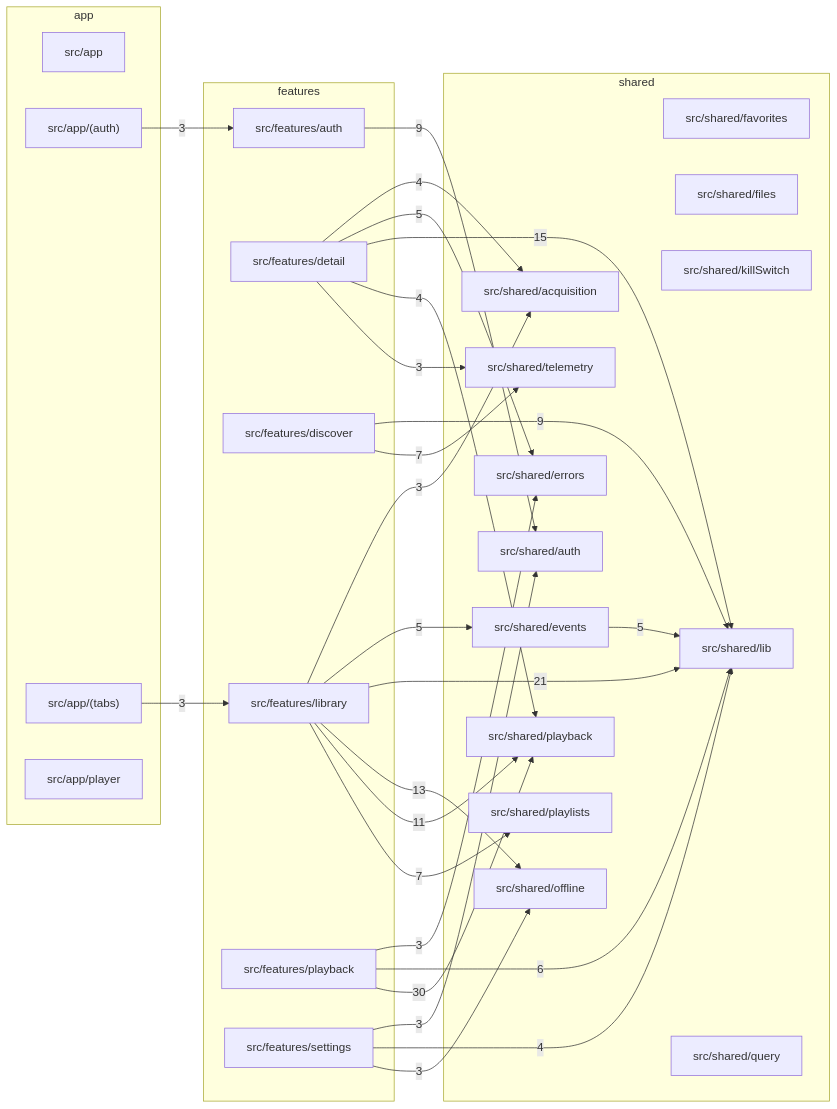
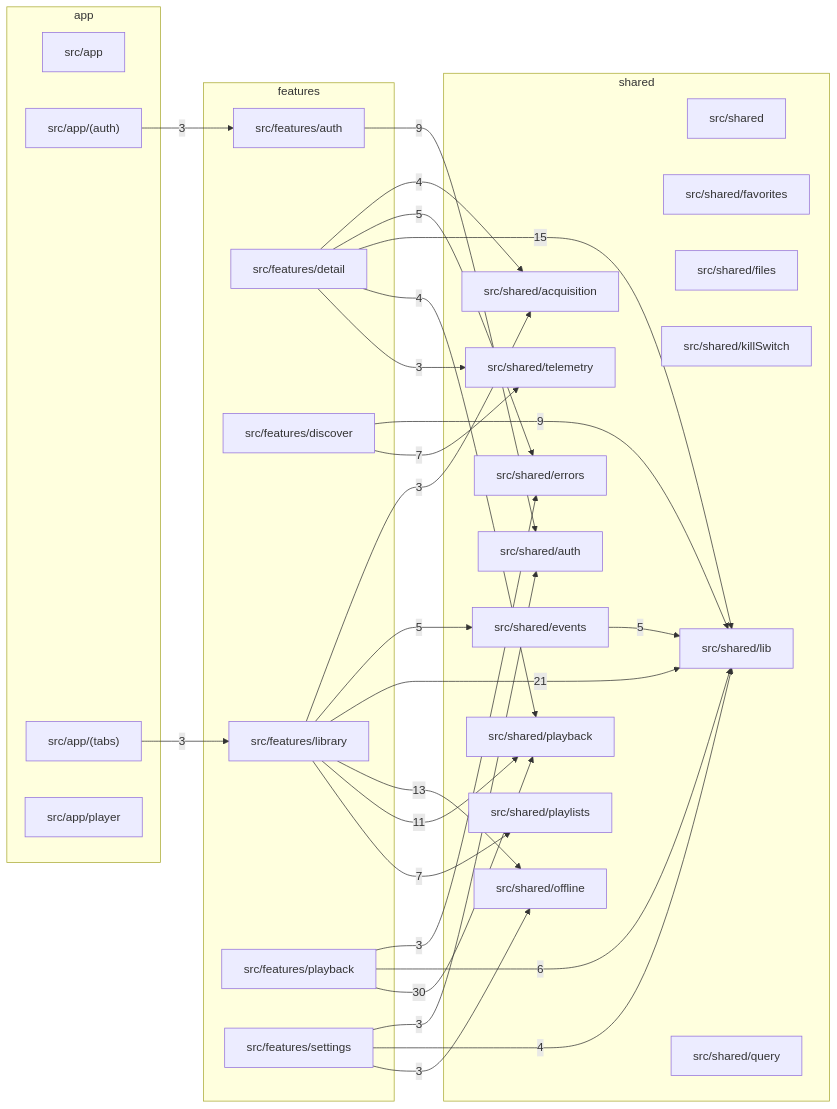
Before and after one commit to aleburrascano/altune: the third of 3 diagrams in docs/architecture.md, drawn with Mermaid. The commit also changed other lines of this file and 8 other files, not shown here.

````diff
--- a/docs/architecture.md
+++ b/docs/architecture.md
@@ -68,55 +68,56 @@
 ```mermaid
 flowchart LR
   subgraph app
     apps_mobile_src_app["src/app"]
     apps_mobile_src_app__auth_["src/app/(auth)"]
     apps_mobile_src_app__tabs_["src/app/(tabs)"]
     apps_mobile_src_app_player["src/app/player"]
   end
   subgraph features
     apps_mobile_src_features_auth["src/features/auth"]
     apps_mobile_src_features_detail["src/features/detail"]
     apps_mobile_src_features_discover["src/features/discover"]
     apps_mobile_src_features_library["src/features/library"]
     apps_mobile_src_features_playback["src/features/playback"]
     apps_mobile_src_features_settings["src/features/settings"]
   end
   subgraph shared
+    apps_mobile_src_shared["src/shared"]
     apps_mobile_src_shared_acquisition["src/shared/acquisition"]
     apps_mobile_src_shared_auth["src/shared/auth"]
     apps_mobile_src_shared_errors["src/shared/errors"]
     apps_mobile_src_shared_events["src/shared/events"]
     apps_mobile_src_shared_favorites["src/shared/favorites"]
     apps_mobile_src_shared_files["src/shared/files"]
     apps_mobile_src_shared_killSwitch["src/shared/killSwitch"]
     apps_mobile_src_shared_lib["src/shared/lib"]
     apps_mobile_src_shared_offline["src/shared/offline"]
     apps_mobile_src_shared_playback["src/shared/playback"]
     apps_mobile_src_shared_playlists["src/shared/playlists"]
     apps_mobile_src_shared_query["src/shared/query"]
     apps_mobile_src_shared_telemetry["src/shared/telemetry"]
   end
   apps_mobile_src_app__auth_ -->|3| apps_mobile_src_features_auth
   apps_mobile_src_app__tabs_ -->|3| apps_mobile_src_features_library
   apps_mobile_src_features_auth -->|9| apps_mobile_src_shared_auth
   apps_mobile_src_features_detail -->|4| apps_mobile_src_shared_acquisition
   apps_mobile_src_features_detail -->|5| apps_mobile_src_shared_errors
   apps_mobile_src_features_detail -->|15| apps_mobile_src_shared_lib
   apps_mobile_src_features_detail -->|4| apps_mobile_src_shared_playback
   apps_mobile_src_features_detail -->|3| apps_mobile_src_shared_telemetry
   apps_mobile_src_features_discover -->|9| apps_mobile_src_shared_lib
   apps_mobile_src_features_discover -->|7| apps_mobile_src_shared_telemetry
   apps_mobile_src_features_library -->|3| apps_mobile_src_shared_acquisition
   apps_mobile_src_features_library -->|5| apps_mobile_src_shared_events
   apps_mobile_src_features_library -->|21| apps_mobile_src_shared_lib
   apps_mobile_src_features_library -->|13| apps_mobile_src_shared_offline
   apps_mobile_src_features_library -->|11| apps_mobile_src_shared_playback
   apps_mobile_src_features_library -->|7| apps_mobile_src_shared_playlists
   apps_mobile_src_features_playback -->|3| apps_mobile_src_shared_errors
   apps_mobile_src_features_playback -->|6| apps_mobile_src_shared_lib
   apps_mobile_src_features_playback -->|30| apps_mobile_src_shared_playback
   apps_mobile_src_features_settings -->|3| apps_mobile_src_shared_auth
   apps_mobile_src_features_settings -->|4| apps_mobile_src_shared_lib
   apps_mobile_src_features_settings -->|3| apps_mobile_src_shared_offline
   apps_mobile_src_shared_events -->|5| apps_mobile_src_shared_lib
 ```
````
